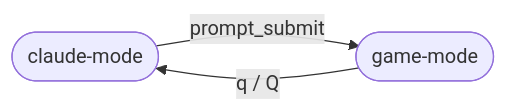
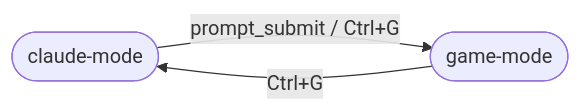
One commit to vivaxy/claude-code-game-hub changed the diagram in docs/design.md. Above: the diagram before and after it, drawn with Mermaid. The commit also changed other lines of this file and 6 other files, not shown here.

First line of the commit message:
feat(ux): replace q with Ctrl+G for bidirectional game/claude toggle

````diff
--- a/docs/design.md
+++ b/docs/design.md
@@ -17,5 +17,5 @@
 ```mermaid
 flowchart LR
-    claude([claude-mode]) -->|prompt_submit| game([game-mode])
-    game -->|q / Q| claude
+    claude([claude-mode]) -->|prompt_submit / Ctrl+G| game([game-mode])
+    game -->|Ctrl+G| claude
 ```
````
